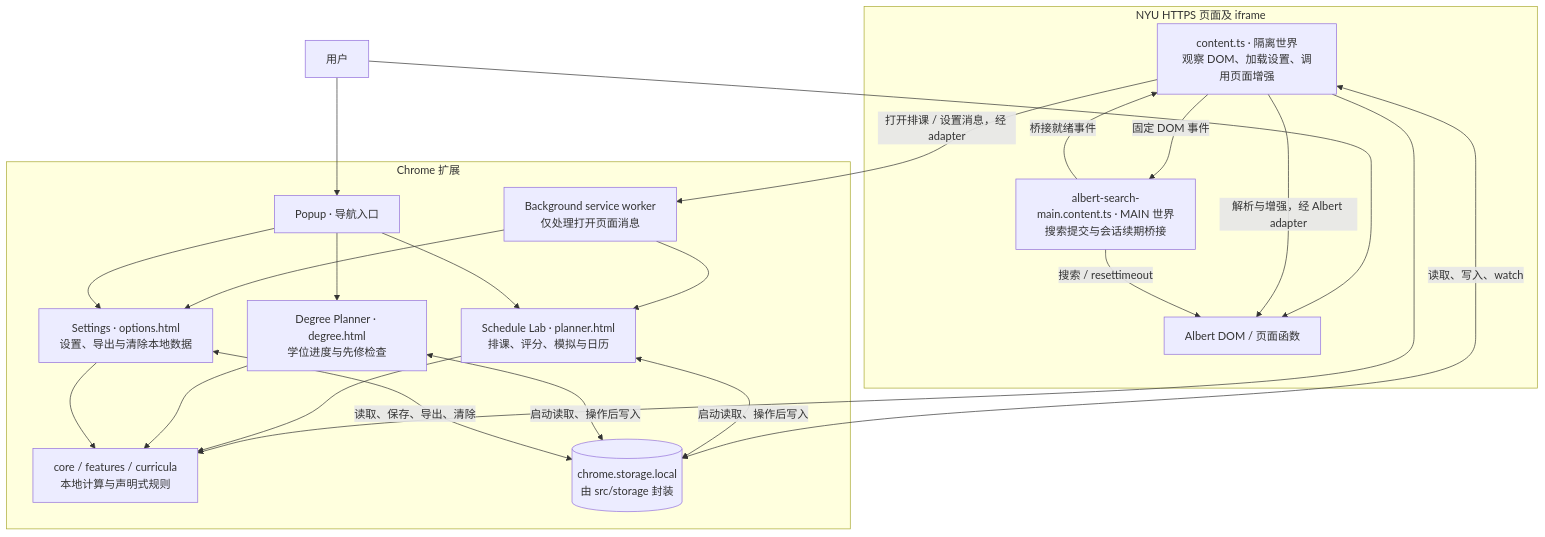
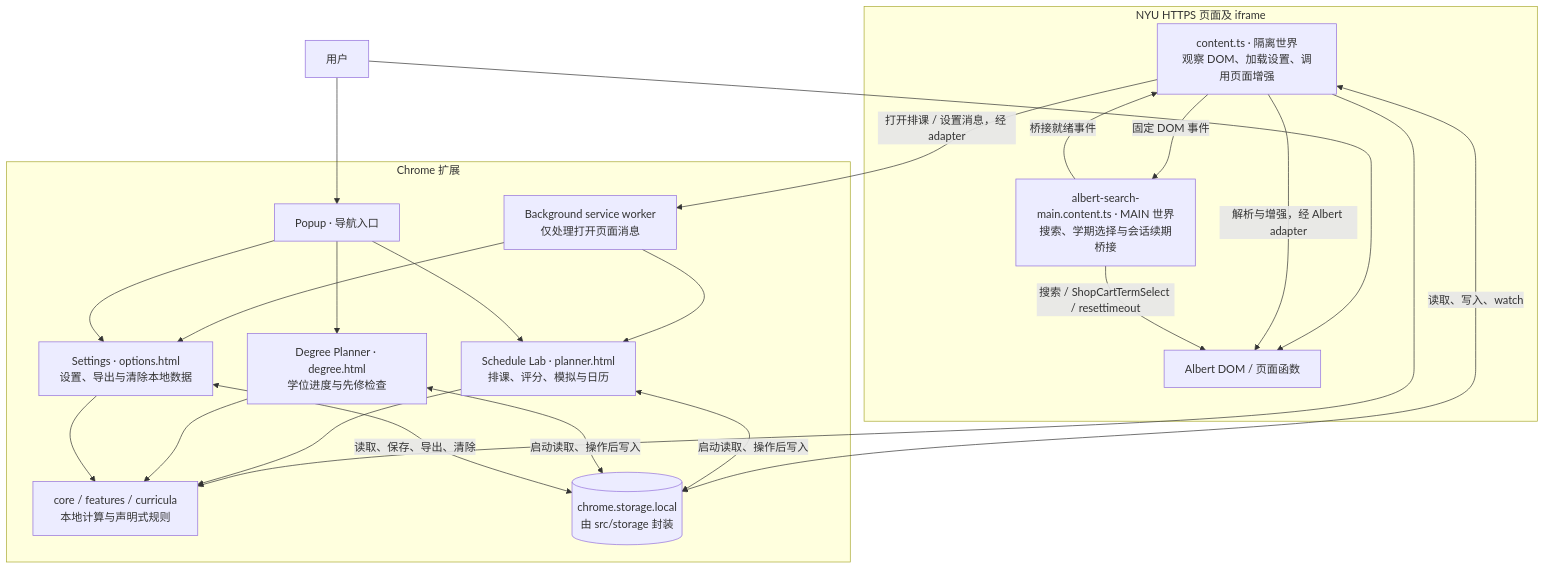
One commit to giltram/albert-enhancer changed the first of 3 diagrams in docs/architecture.md. Above: the diagram before and after it, drawn with Mermaid. The commit also changed other lines of this file and 31 other files, not shown here.

````diff
--- a/docs/architecture.md
+++ b/docs/architecture.md
@@ -13,38 +13,38 @@
 ```mermaid
 flowchart TB
   user["用户"]
   subgraph nyu["NYU HTTPS 页面及 iframe"]
     dom["Albert DOM / 页面函数"]
     content["content.ts · 隔离世界<br/>观察 DOM、加载设置、调用页面增强"]
-    main["albert-search-main.content.ts · MAIN 世界<br/>搜索提交与会话续期桥接"]
+    main["albert-search-main.content.ts · MAIN 世界<br/>搜索、学期选择与会话续期桥接"]
   end
   subgraph extension["Chrome 扩展"]
     popup["Popup · 导航入口"]
     background["Background service worker<br/>仅处理打开页面消息"]
     planner["Schedule Lab · planner.html<br/>排课、评分、模拟与日历"]
     degree["Degree Planner · degree.html<br/>学位进度与先修检查"]
     options["Settings · options.html<br/>设置、导出与清除本地数据"]
     domain["core / features / curricula<br/>本地计算与声明式规则"]
     store[("chrome.storage.local<br/>由 src/storage 封装")]
   end
   user --> dom
   user --> popup
   content -->|"解析与增强，经 Albert adapter"| dom
   content -->|"固定 DOM 事件"| main
   main -->|"桥接就绪事件"| content
-  main -->|"搜索 / resettimeout"| dom
+  main -->|"搜索 / ShopCartTermSelect / resettimeout"| dom
   content -->|"打开排课 / 设置消息，经 adapter"| background
   background --> planner
   background --> options
   popup --> planner
   popup --> degree
   popup --> options
   content --> domain
   planner --> domain
   degree --> domain
   options --> domain
   content <-->|"读取、写入、watch"| store
   planner <-->|"启动读取、操作后写入"| store
   degree <-->|"启动读取、操作后写入"| store
   options <-->|"读取、保存、导出、清除"| store
 ```
````
